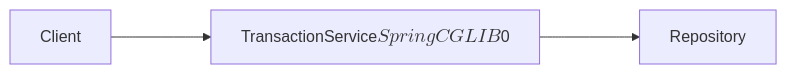
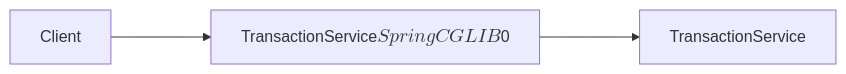
The second of 2 diagrams in db/transaction.md (sungjunjin/til), drawn with Mermaid before and after one commit. The commit also changed other lines of this file, not shown here.

````diff
--- a/db/transaction.md
+++ b/db/transaction.md
@@ -124,8 +123,8 @@
 ```mermaid
 flowchart LR
 client[Client]
 proxy[TransactionService$$SpringCGLIB$$0]
-repository[Repository]
+service[TransactionService]
 
-client ---> proxy ---> repository
+client ---> proxy ---> service
 ```
````
